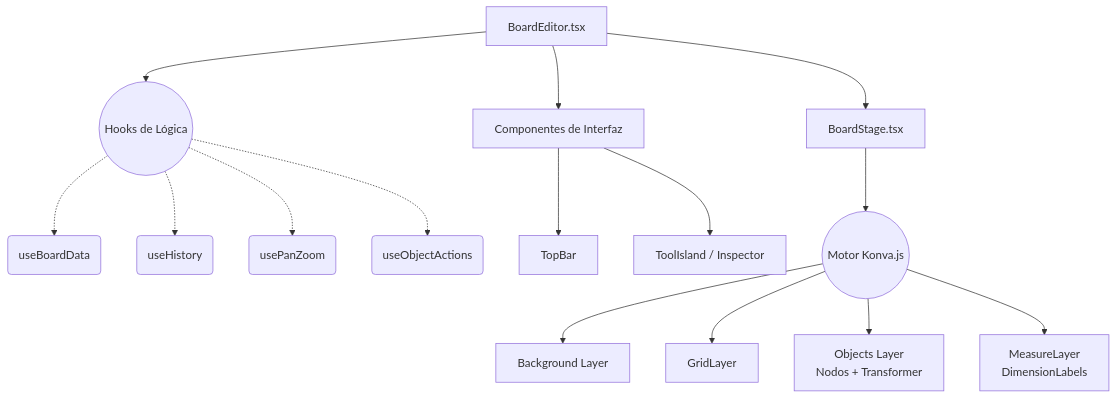
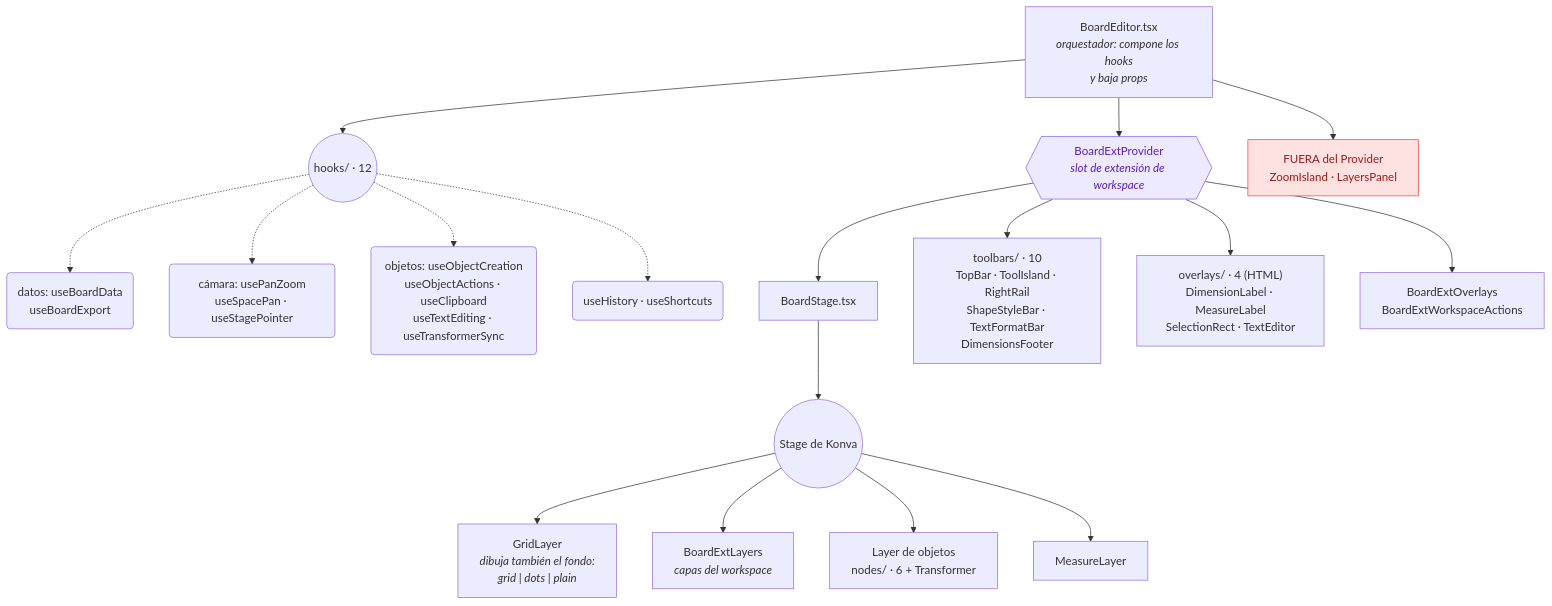
The diagram in docs/architecture/diagramas/jerarquia-board-editor.md (SamuelMenan/ArtSanctuary), drawn with Mermaid before and after one commit. The commit also changed other lines of this file and 72 other files, not shown here.

````diff
--- a/docs/architecture/diagramas/jerarquia-board-editor.md
+++ b/docs/architecture/diagramas/jerarquia-board-editor.md
@@ -43,19 +41,28 @@
 ```mermaid
 graph TD
-    BE["BoardEditor.tsx"] --> Hooks(("Hooks de Lógica"))
-    Hooks -.-> H1("useBoardData")
-    Hooks -.-> H2("useHistory")
-    Hooks -.-> H3("usePanZoom")
-    Hooks -.-> H4("useObjectActions")
+    BE["BoardEditor.tsx<br/><i>orquestador: compone los hooks<br/>y baja props</i>"]
 
-    BE --> UI["Componentes de Interfaz"]
-    UI --> TP["TopBar"]
-    UI --> IS["ToolIsland / Inspector"]
+    BE --> Hooks(("hooks/ · 12"))
+    Hooks -.-> HD("datos: useBoardData<br/>useBoardExport")
+    Hooks -.-> HC("cámara: usePanZoom<br/>useSpacePan · useStagePointer")
+    Hooks -.-> HO("objetos: useObjectCreation<br/>useObjectActions · useClipboard<br/>useTextEditing · useTransformerSync")
+    Hooks -.-> HE("useHistory · useShortcuts")
 
-    BE --> Stage["BoardStage.tsx"]
-    Stage --> Konva(("Motor Konva.js"))
-    Konva --> BG["Background Layer"]
-    Konva --> BL["GridLayer"]
-    Konva --> Obj["Objects Layer<br/>Nodos + Transformer"]
-    Konva --> ML["MeasureLayer<br/>DimensionLabels"]
+    BE --> Prov{{"BoardExtProvider<br/><i>slot de extensión de workspace</i>"}}
+
+    Prov --> Stage["BoardStage.tsx"]
+    Prov --> Islas["toolbars/ · 10<br/>TopBar · ToolIsland · RightRail<br/>ShapeStyleBar · TextFormatBar<br/>DimensionsFooter"]
+    Prov --> Over["overlays/ · 4 (HTML)<br/>DimensionLabel · MeasureLabel<br/>SelectionRect · TextEditor"]
+    Prov --> ExtO["BoardExtOverlays<br/>BoardExtWorkspaceActions"]
+
+    BE --> Fuera["FUERA del Provider<br/>ZoomIsland · LayersPanel"]
+
+    Stage --> Konva(("Stage de Konva"))
+    Konva --> GL["GridLayer<br/><i>dibuja también el fondo:<br/>grid | dots | plain</i>"]
+    Konva --> ExtL["BoardExtLayers<br/><i>capas del workspace</i>"]
+    Konva --> Obj["Layer de objetos<br/>nodes/ · 6 + Transformer"]
+    Konva --> ML["MeasureLayer"]
+
+    style Prov fill:#ede9fe,stroke:#8b5cf6,color:#5b21b6
+    style Fuera fill:#fee2e2,stroke:#ef4444,color:#991b1b
 ```
````
